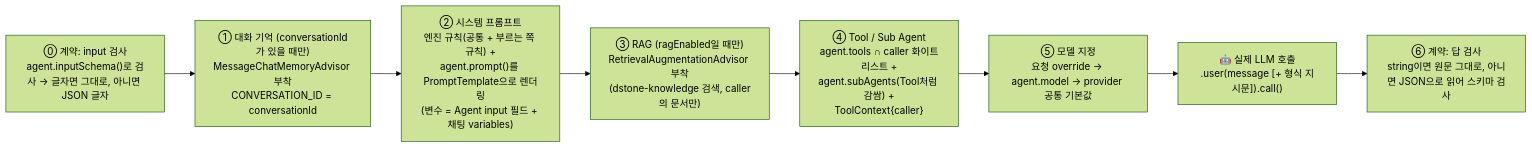
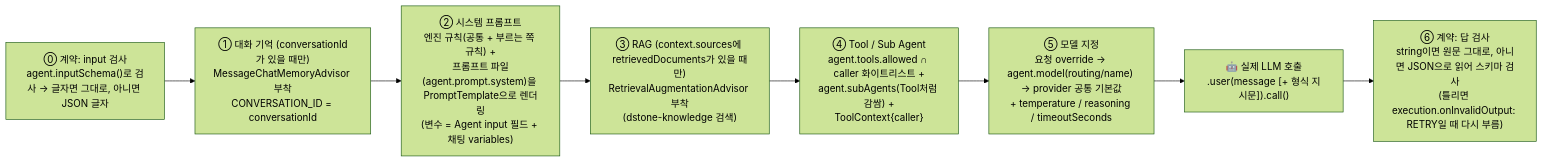
The eighth of 10 diagrams in docs/09.dstone-ai-engine.md (YongSoekChoeng/dstone), drawn with Mermaid (forest theme) before and after one commit. The commit also changed other lines of this file and 203 other files, not shown here.

````diff
--- a/docs/09.dstone-ai-engine.md
+++ b/docs/09.dstone-ai-engine.md
@@ -801,11 +845,11 @@
 ```mermaid
 flowchart LR
     S0["⓪ 계약: input 검사\nagent.inputSchema()로 검사 → 글자면 그대로, 아니면 JSON 글자"] --> S1
     S1["① 대화 기억 (conversationId가 있을 때만)\nMessageChatMemoryAdvisor 부착\nCONVERSATION_ID = conversationId"] --> S2
-    S2["② 시스템 프롬프트\n엔진 규칙(공통 + 부르는 쪽 규칙) +\nagent.prompt()를 PromptTemplate으로 렌더링\n(변수 = Agent input 필드 + 채팅 variables)"] --> S3
-    S3["③ RAG (ragEnabled일 때만)\nRetrievalAugmentationAdvisor 부착\n(dstone-knowledge 검색, caller의 문서만)"] --> S4
-    S4["④ Tool / Sub Agent\nagent.tools ∩ caller 화이트리스트 +\nagent.subAgents(Tool처럼 감쌈) +\nToolContext{caller}"] --> S5
-    S5["⑤ 모델 지정\n요청 override → agent.model → provider 공통 기본값"] --> LLM
+    S2["② 시스템 프롬프트\n엔진 규칙(공통 + 부르는 쪽 규칙) +\n프롬프트 파일(agent.prompt.system)을 PromptTemplate으로 렌더링\n(변수 = Agent input 필드 + 채팅 variables)"] --> S3
+    S3["③ RAG (context.sources에 retrievedDocuments가 있을 때만)\nRetrievalAugmentationAdvisor 부착\n(dstone-knowledge 검색)"] --> S4
+    S4["④ Tool / Sub Agent\nagent.tools.allowed ∩ caller 화이트리스트 +\nagent.subAgents(Tool처럼 감쌈) +\nToolContext{caller}"] --> S5
+    S5["⑤ 모델 지정\n요청 override → agent.model(routing/name) → provider 공통 기본값\n+ temperature / reasoning / timeoutSeconds"] --> LLM
     LLM["🤖 실제 LLM 호출\n.user(message [+ 형식 지시문]).call()"] --> S6
-    S6["⑥ 계약: 답 검사\nstring이면 원문 그대로, 아니면 JSON으로 읽어 스키마 검사"]
+    S6["⑥ 계약: 답 검사\nstring이면 원문 그대로, 아니면 JSON으로 읽어 스키마 검사\n(틀리면 execution.onInvalidOutput: RETRY일 때 다시 부름)"]
 ```
````
